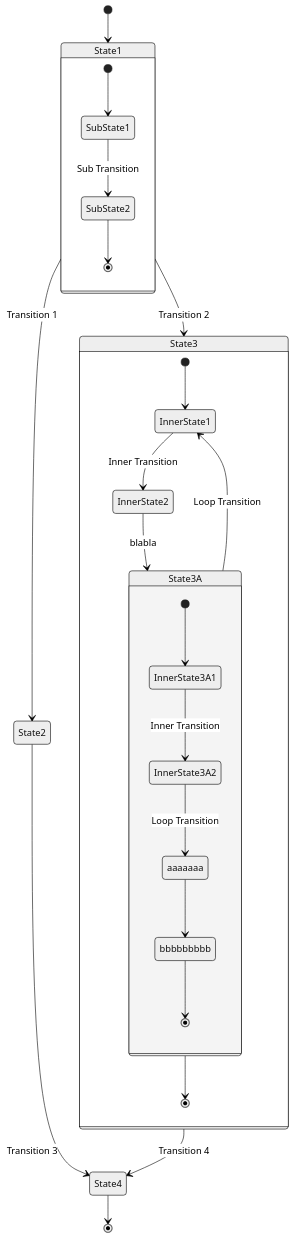
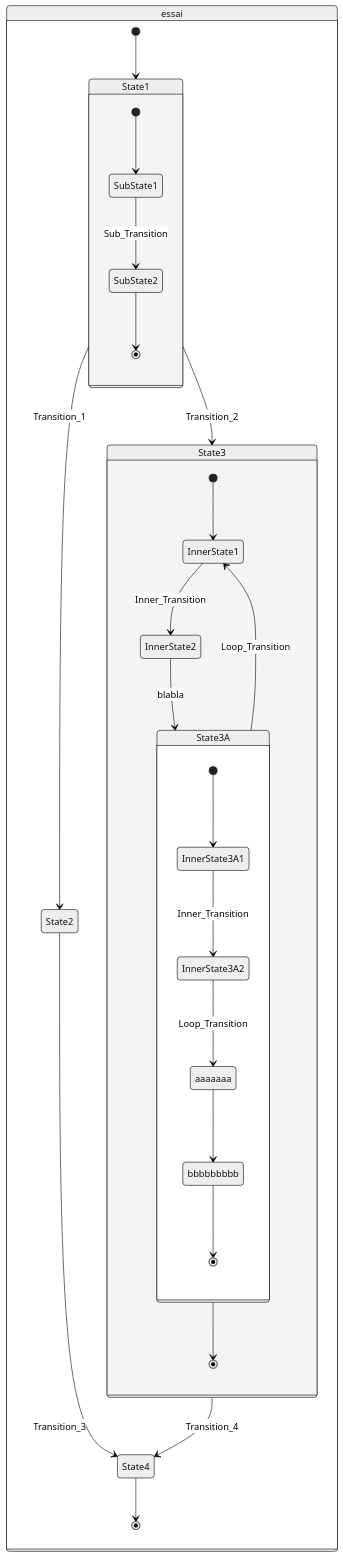
One commit to pailheres/uml-parser changed the second of 3 diagrams in src/test/data/requirement/multiple_reqs.md. Above: the diagram before and after it, drawn with Mermaid (neutral theme). The commit also changed 3 other files, not shown here.

````diff
--- a/src/test/data/requirement/multiple_reqs.md
+++ b/src/test/data/requirement/multiple_reqs.md
@@ -102,32 +102,33 @@
 ``` mermaid
-stateDiagram-v2   %% essai
-    [*] --> State1
-    State1 --> State2 : Transition 1
-    State1 --> State3 : Transition 2
-    State2 --> State4 : Transition 3
-    State3 --> State4 : Transition 4
-    State4 --> [*]
+stateDiagram-v2
+    state essai {
+        [*] --> State1
+        State1 --> State2 : Transition_1
+        State1 --> State3 : Transition_2
+        State2 --> State4 : Transition_3
+        State3 --> State4 : Transition_4
+        State4 --> [*]
 
-    state State1 {
-        [*] --> SubState1
-        SubState1 --> SubState2 : Sub Transition
-        SubState2 --> [*]
-    }
+        state State1 {
+            [*] --> SubState1
+            SubState1 --> SubState2 : Sub_Transition
+            SubState2 --> [*]
+        }
 
-    state State3 {
-        [*] --> InnerState1
-        InnerState1 --> InnerState2 : Inner Transition
-        InnerState2 --> State3A : blabla
-        State3A --> InnerState1 : Loop Transition
-        State3A --> [*]
+        state State3 {
+            [*] --> InnerState1
+            InnerState1 --> InnerState2 : Inner_Transition
+            InnerState2 --> State3A : blabla
+            State3A --> InnerState1 : Loop_Transition
+            State3A --> [*]
 
-        state State3A {
-          [*] --> InnerState3A1
-          InnerState3A1 --> InnerState3A2 : Inner Transition
-          InnerState3A2 --> aaaaaaa : Loop Transition
-          aaaaaaa --> bbbbbbbbb
-          bbbbbbbbb --> [*]
+            state State3A {
+            [*] --> InnerState3A1
+            InnerState3A1 --> InnerState3A2 : Inner_Transition
+            InnerState3A2 --> aaaaaaa : Loop_Transition
+            aaaaaaa --> bbbbbbbbb
+            bbbbbbbbb --> [*]
+            }
         }
     }
-
 ```
````
